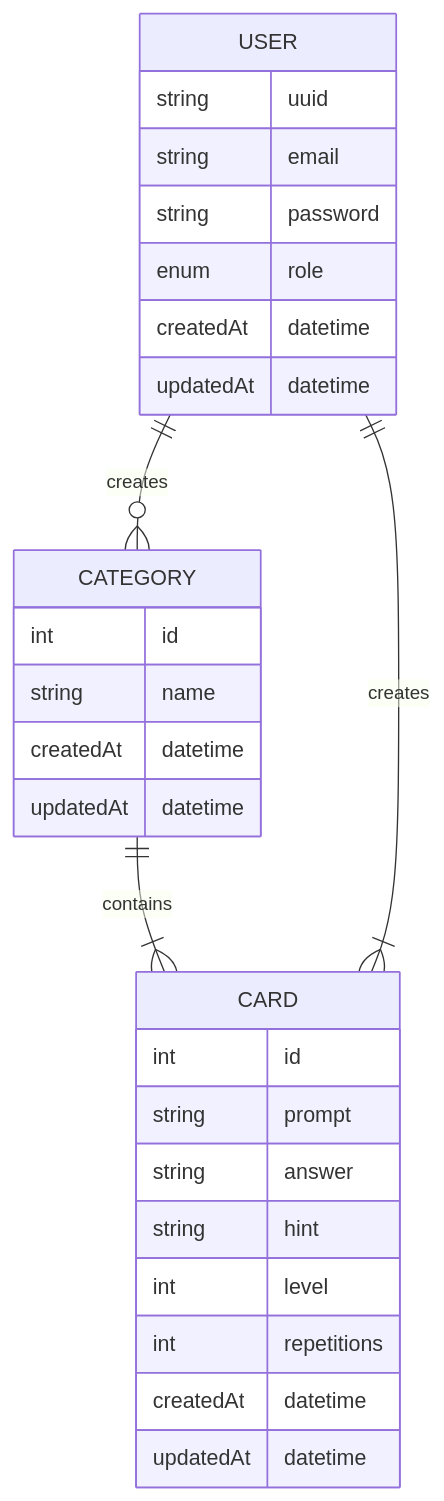
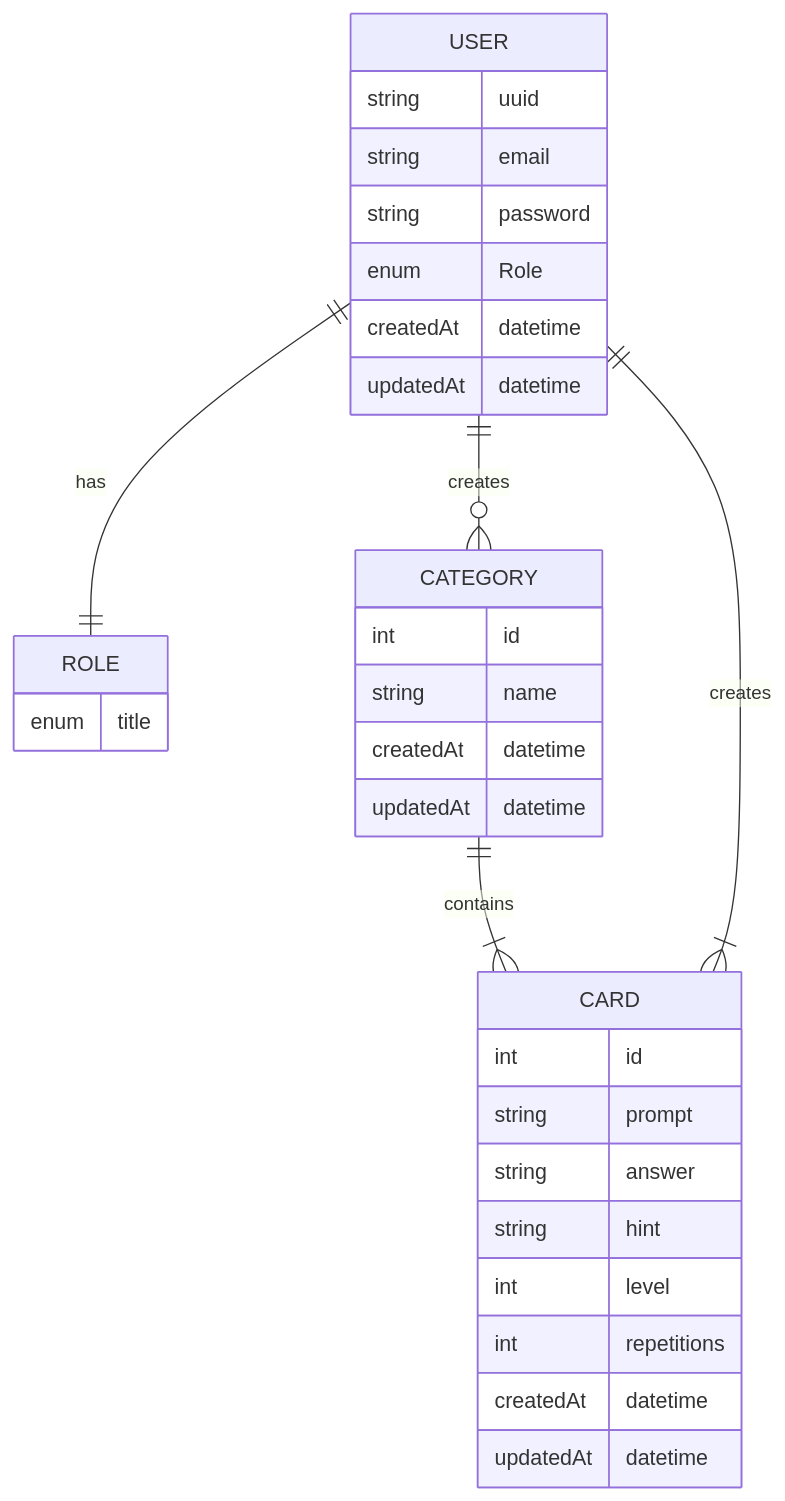
Before and after one commit to AllyDouillette/backend-personal-project: the diagram in prisma/schema.md, drawn with Mermaid.

Commit message:
include role in schema

````diff
--- a/prisma/schema.md
+++ b/prisma/schema.md
@@ -1,33 +1,37 @@
 ```mermaid
 erDiagram
     USER {
         string uuid
         string email
         string password
-        enum role
+        enum Role
         createdAt datetime
         updatedAt datetime
     }
 
+    ROLE {
+        enum title
+    }
     CATEGORY {
         int id
         string name
         createdAt datetime
         updatedAt datetime
     }
 
     CARD {
         int id
         string prompt
         string answer
         string hint
         int level
         int repetitions
         createdAt datetime
         updatedAt datetime
     }
 
+    USER ||--|| ROLE: has
     USER ||--o{ CATEGORY : creates
     CATEGORY ||--|{ CARD : contains
     USER ||--|{ CARD : creates
 ```
````
